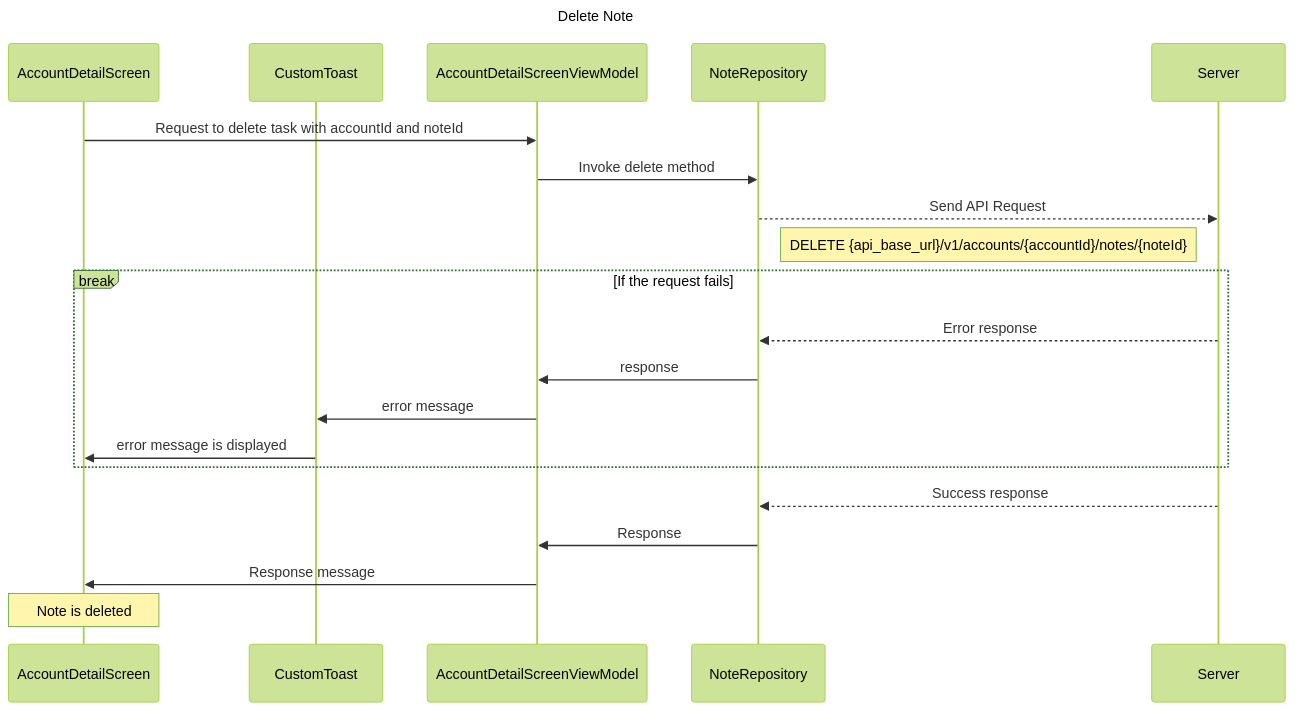
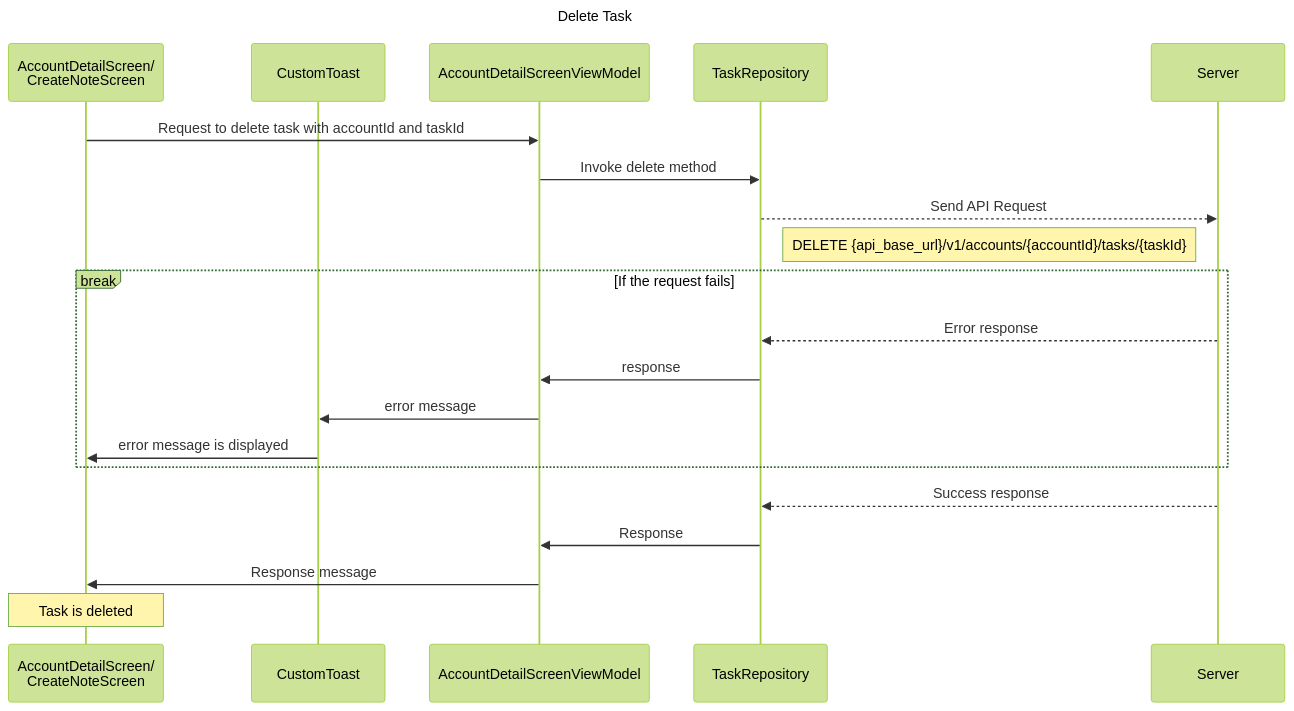
Before and after one commit to TrueSparrowSystems/AI-SalesSparrow-Docs: the diagram in flowDiagrams/Android/DeleteTask.mermaid, drawn with Mermaid (forest theme). The commit also changed 4 other files, not shown here.

Commit message:
Updated review changes for andriod app flows

```diff
--- a/flowDiagrams/Android/DeleteTask.mermaid
+++ b/flowDiagrams/Android/DeleteTask.mermaid
@@ -1,26 +1,26 @@
 sequenceDiagram
-    title Delete Note
+    title Delete Task
 
-    participant ADS as AccountDetailScreen
+    participant ADS as AccountDetailScreen/<br>CreateNoteScreen
     participant CT as CustomToast
     participant ADSVM as AccountDetailScreenViewModel
-    participant NR as NoteRepository
+    participant TR as TaskRepository
     participant S as Server
 
 
-    ADS->>ADSVM: Request to delete task with accountId and noteId
-    ADSVM->>NR: Invoke delete method
-    NR-->>S: Send API Request
-    note right of NR: DELETE {api_base_url}/v1/accounts/{accountId}/notes/{noteId}
+    ADS->>ADSVM: Request to delete task with accountId and taskId
+    ADSVM->>TR: Invoke delete method
+    TR-->>S: Send API Request
+    note right of TR: DELETE {api_base_url}/v1/accounts/{accountId}/tasks/{taskId}
 
     break If the request fails
-        S-->>NR: Error response
-        NR->>ADSVM: response
+        S-->>TR: Error response
+        TR->>ADSVM: response
         ADSVM->>CT: error message
         CT->>ADS: error message is displayed
     end
 
-    S-->>NR: Success response
-    NR->>ADSVM: Response
+    S-->>TR: Success response
+    TR->>ADSVM: Response
     ADSVM->>ADS: Response message
-    note over ADS: Note is deleted
+    note over ADS: Task is deleted
```
